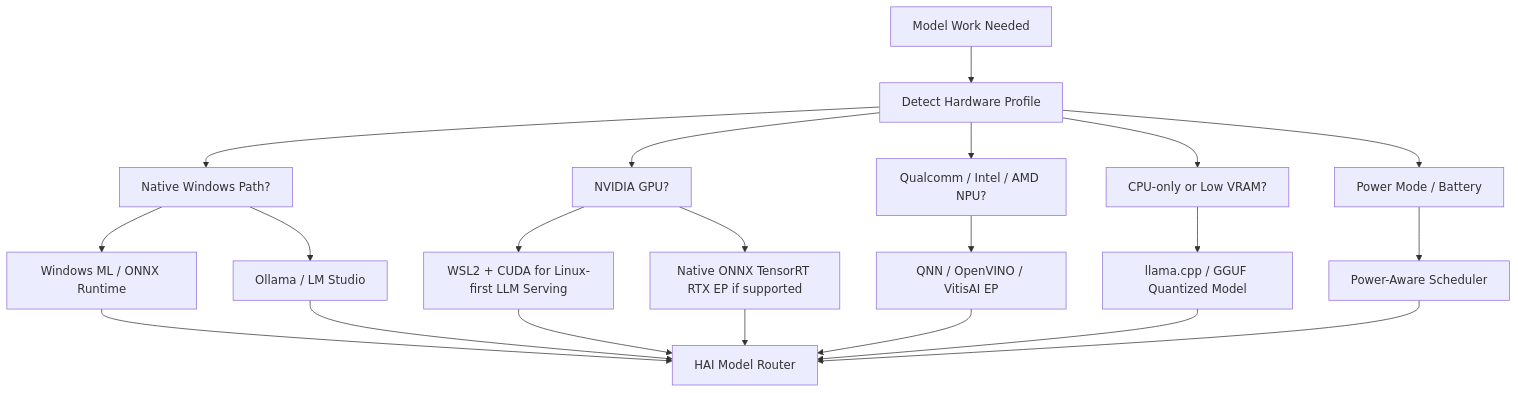
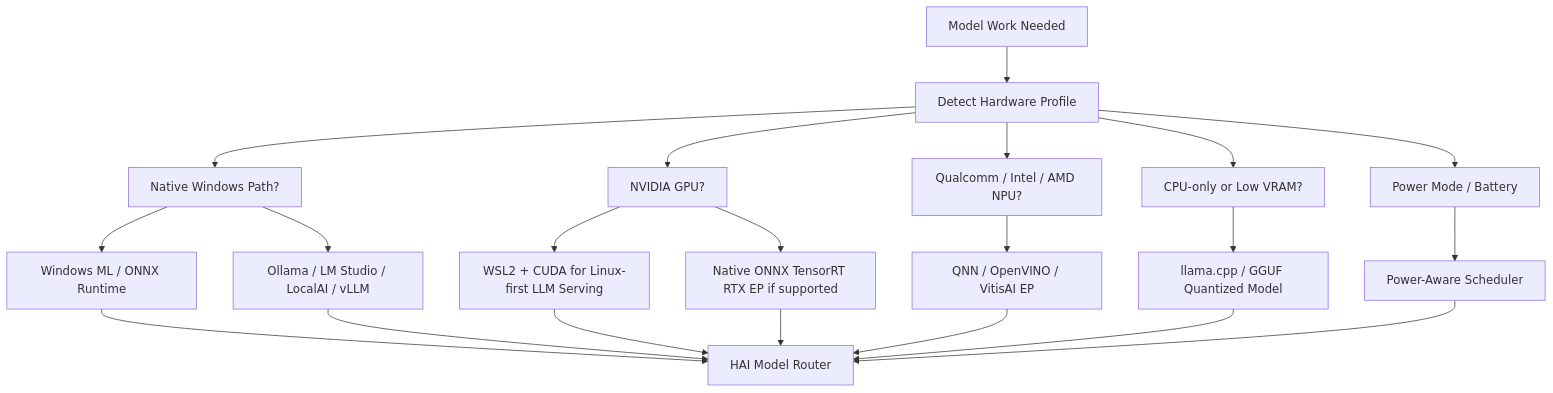
Before and after one commit to Noodzakelijk-Online/018-HAI: the seventh of 8 diagrams in docs/backend-phase2-architecture.md, drawn with Mermaid. The commit also changed 2 other files, not shown here.

Commit message:
docs: surface local inference profiles consistently

````diff
--- a/docs/backend-phase2-architecture.md
+++ b/docs/backend-phase2-architecture.md
@@ -150,25 +150,25 @@
 ```mermaid
 flowchart TD
     Task[Model Work Needed] --> Hardware[Detect Hardware Profile]
     Hardware --> WinNative[Native Windows Path?]
     Hardware --> Nvidia[NVIDIA GPU?]
     Hardware --> NPU[Qualcomm / Intel / AMD NPU?]
     Hardware --> LowVRAM[CPU-only or Low VRAM?]
     Hardware --> Power[Power Mode / Battery]
 
     WinNative --> WinML[Windows ML / ONNX Runtime]
     Nvidia --> WSL[WSL2 + CUDA for Linux-first LLM Serving]
     Nvidia --> TRT[Native ONNX TensorRT RTX EP if supported]
     NPU --> EP[QNN / OpenVINO / VitisAI EP]
     LowVRAM --> Llama[llama.cpp / GGUF Quantized Model]
-    WinNative --> Ollama[Ollama / LM Studio]
+    WinNative --> Ollama[Ollama / LM Studio / LocalAI / vLLM]
 
     WinML --> Router[HAI Model Router]
     WSL --> Router
     TRT --> Router
     EP --> Router
     Llama --> Router
     Ollama --> Router
     Power --> Scheduler[Power-Aware Scheduler]
     Scheduler --> Router
 ```
````
